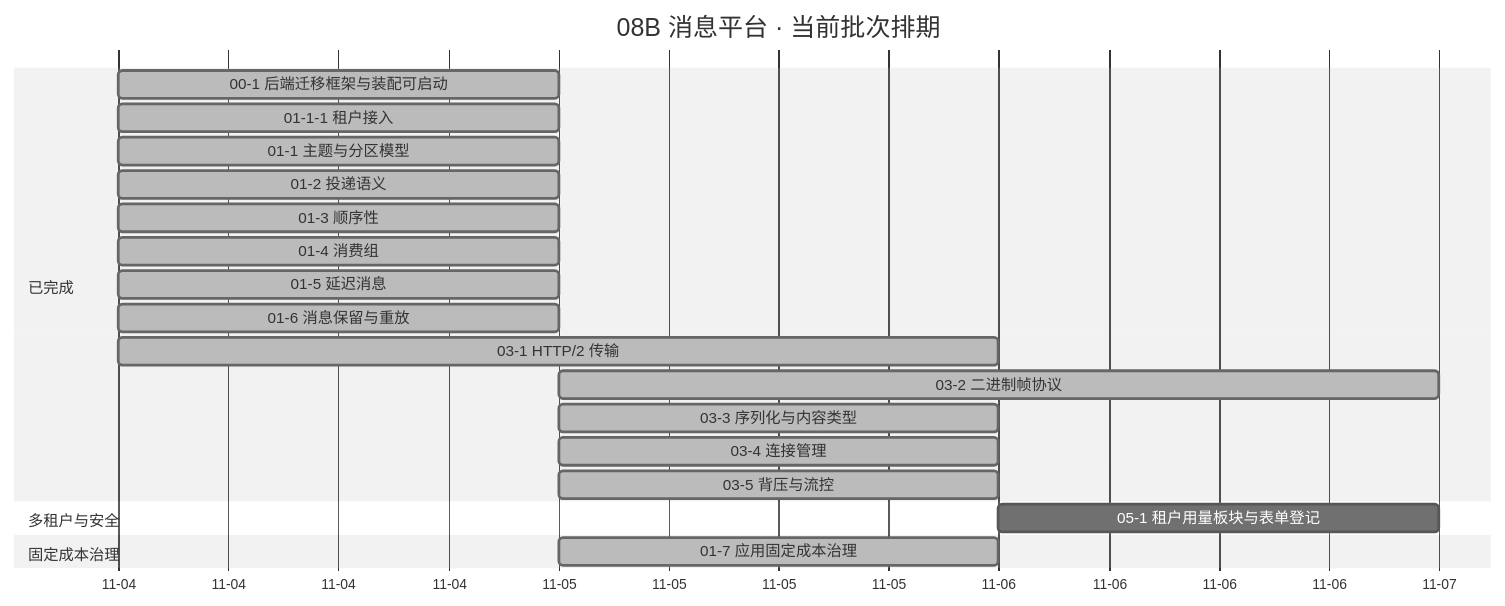
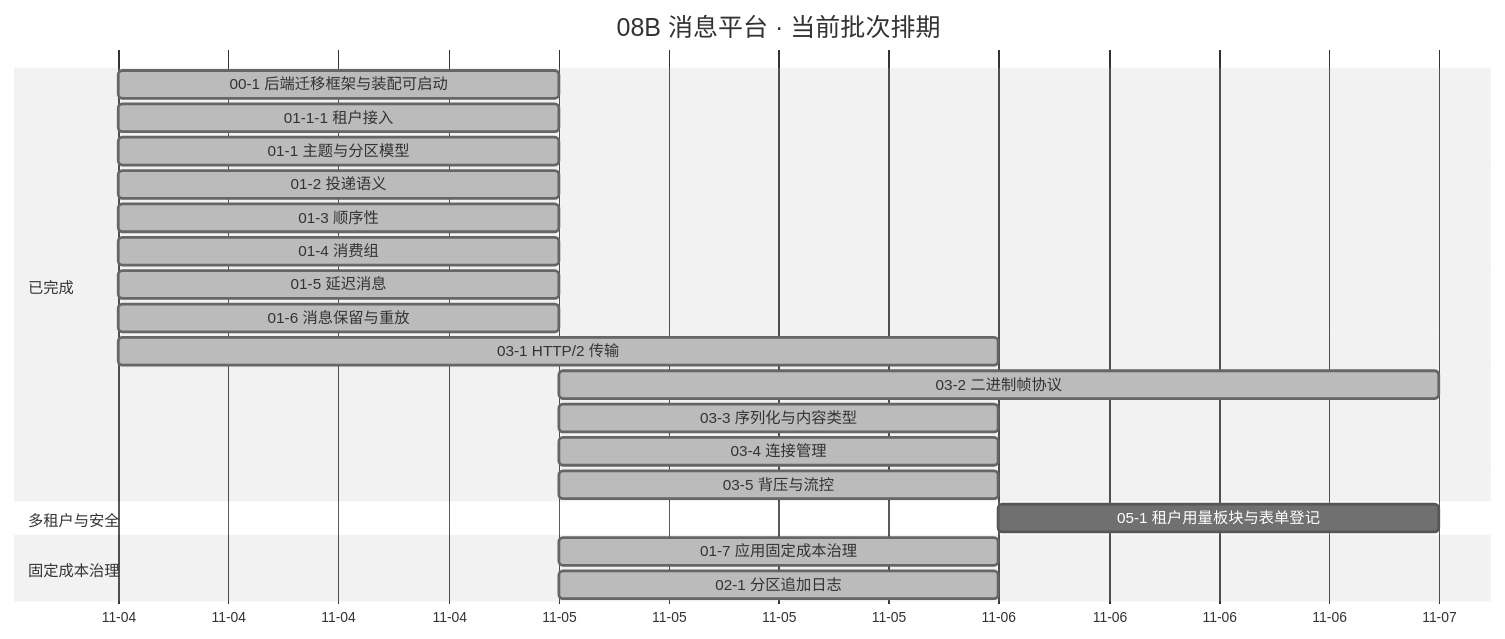
The diagram in msg文档/项目/08B_消息平台/计划/01_计划_消息平台.md (minjian123/message-platform), drawn with Mermaid (neutral theme) before and after one commit. The commit also changed other lines of this file and 4 other files, not shown here.

````diff
--- a/msg文档/项目/08B_消息平台/计划/01_计划_消息平台.md
+++ b/msg文档/项目/08B_消息平台/计划/01_计划_消息平台.md
@@ -73,25 +73,26 @@
 ```mermaid
 gantt
     title 08B 消息平台 · 当前批次排期
     %% 任务域 02：02-1/02-2/02-3/02-6/02-7 待排期、02-4/02-5 搁置（待 8B_05）；任务域 04：04-1~04-6 搁置（待 8B_02 收口）；均不入甘特
     dateFormat YYYY-MM-DD
     axisFormat %m-%d
     section 已完成
     00-1 后端迁移框架与装配可启动 :done, d001, 2026-11-04, 1d
     01-1-1 租户接入 :done, d0111, 2026-11-04, 1d
     01-1 主题与分区模型 :done, t011, 2026-11-04, 1d
     01-2 投递语义 :done, t012, 2026-11-04, 1d
     01-3 顺序性 :done, t013, 2026-11-04, 1d
     01-4 消费组 :done, t014, 2026-11-04, 1d
     01-5 延迟消息 :done, t015, 2026-11-04, 1d
     01-6 消息保留与重放 :done, t016, 2026-11-04, 1d
     03-1 HTTP/2 传输 :done, t031, 2026-11-04, 2d
     03-2 二进制帧协议 :done, t032, 2026-11-05, 2d
     03-3 序列化与内容类型 :done, t033, 2026-11-05, 1d
     03-4 连接管理 :done, t034, 2026-11-05, 1d
     03-5 背压与流控 :done, t035, 2026-11-05, 1d
     section 多租户与安全
     05-1 租户用量板块与表单登记 :t051, after t035, 1d
     section 固定成本治理
     01-7 应用固定成本治理 :done, t017, 2026-11-05, 1d
+    02-1 分区追加日志 :done, t021, 2026-11-05, 1d
 ```
````
